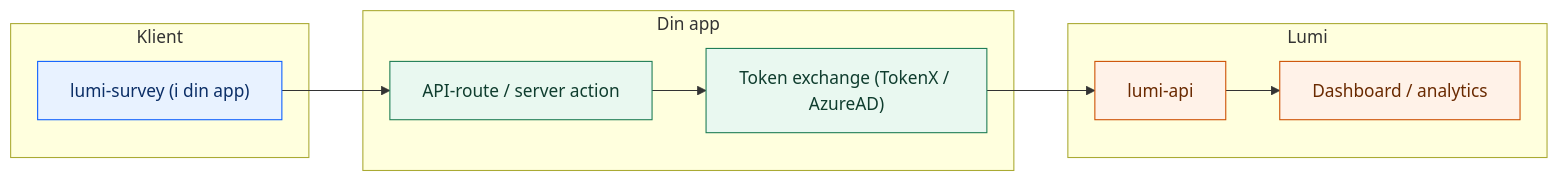
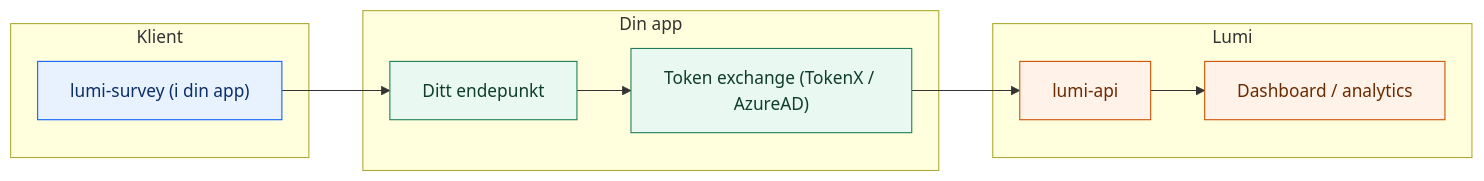
Before and after one commit to navikt/lumi: the diagram in docs/kom-i-gang/hva-er-lumi.md, drawn with Mermaid. The commit also changed 16 other files, not shown here.

````diff
--- a/docs/kom-i-gang/hva-er-lumi.md
+++ b/docs/kom-i-gang/hva-er-lumi.md
@@ -21,26 +21,26 @@
 ```mermaid
 flowchart LR
 	subgraph Client["Klient"]
 		A["lumi-survey (i din app)"]
 	end
 
 	subgraph App["Din app"]
-		B["API-route / server action"]
+		B["Ditt endepunkt"]
 		C["Token exchange (TokenX / AzureAD)"]
 	end
 
 	subgraph Platform["Lumi"]
 		D["lumi-api"]
 		E["Dashboard / analytics"]
 	end
 
 	A --> B --> C --> D --> E
 
 	classDef client fill:#E8F2FF,stroke:#0B5FFF,stroke-width:1px,color:#0B2E66;
 	classDef app fill:#E9F8F0,stroke:#1C7C54,stroke-width:1px,color:#0F3D2E;
 	classDef platform fill:#FFF2E8,stroke:#CC4F00,stroke-width:1px,color:#6A2A00;
 
 	class A client;
 	class B,C app;
 	class D,E platform;
 ```
````
